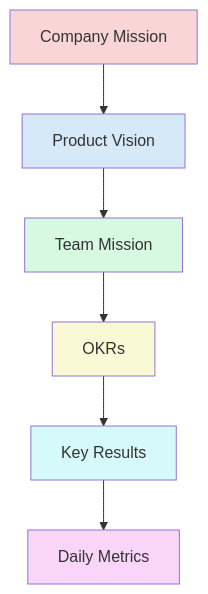
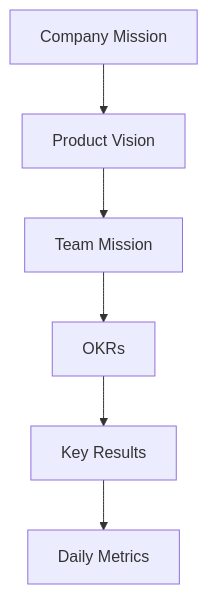
The second of 2 diagrams in src/content/wiki/operating-model/alignment/mission-objectives.md (carlsendk/tech-leadership), drawn with Mermaid before and after one commit. The commit also changed other lines of this file and 16 other files, not shown here.

````diff
--- a/src/content/wiki/operating-model/alignment/mission-objectives.md
+++ b/src/content/wiki/operating-model/alignment/mission-objectives.md
@@ -104,15 +94,8 @@
 ```mermaid
 graph TD
     A[Company Mission] --> B[Product Vision]
     B --> C[Team Mission]
     C --> D[OKRs]
     D --> E[Key Results]
     E --> F[Daily Metrics]
-    
-    style A fill:#f9d6d5
-    style B fill:#d6e9f9
-    style C fill:#d6f9e0
-    style D fill:#f9f9d6
-    style E fill:#d6f9f9
-    style F fill:#f9d6f9
 ```
````
